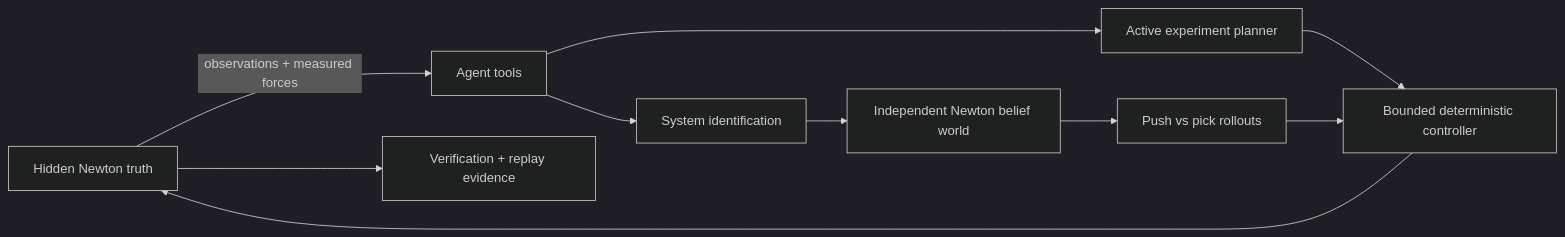
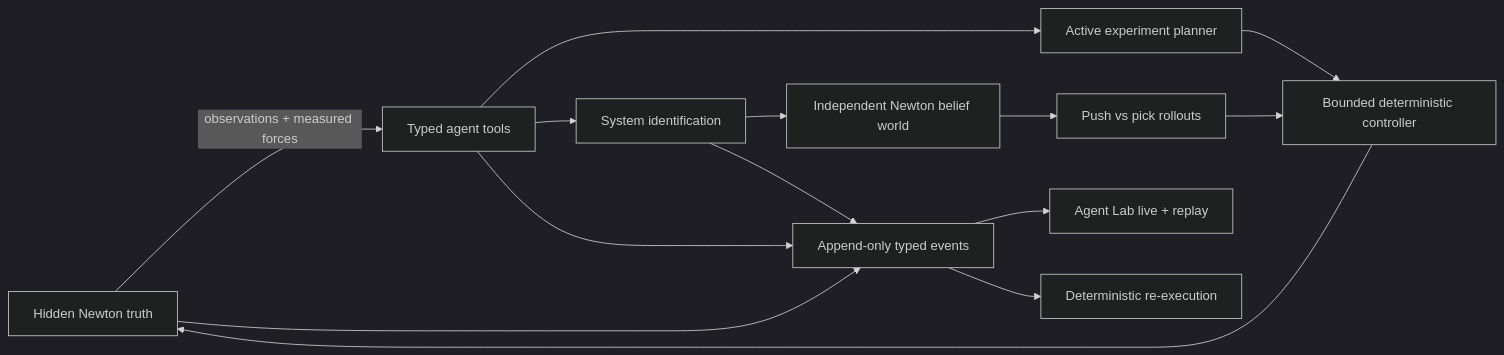
The diagram in README.md (yujeongdev/curious-robot), drawn with Mermaid (dark theme) before and after one commit. The commit also changed other lines of this file and 4 other files, not shown here.

Commit message:
docs: add reproducible Agent Lab media workflow

````diff
--- a/README.md
+++ b/README.md
@@ -21,12 +24,16 @@
 ```mermaid
 flowchart LR
-  T[Hidden Newton truth] -->|observations + measured forces| A[Agent tools]
+  T[Hidden Newton truth] -->|observations + measured forces| A[Typed agent tools]
   A --> P[Active experiment planner]
   P --> C[Bounded deterministic controller]
   C --> T
   A --> S[System identification]
   S --> B[Independent Newton belief world]
   B --> D[Push vs pick rollouts]
   D --> C
-  T --> V[Verification + replay evidence]
+  T --> E[Append-only typed events]
+  A --> E
+  S --> E
+  E --> W[Agent Lab live + replay]
+  E --> R[Deterministic re-execution]
 ```
````
